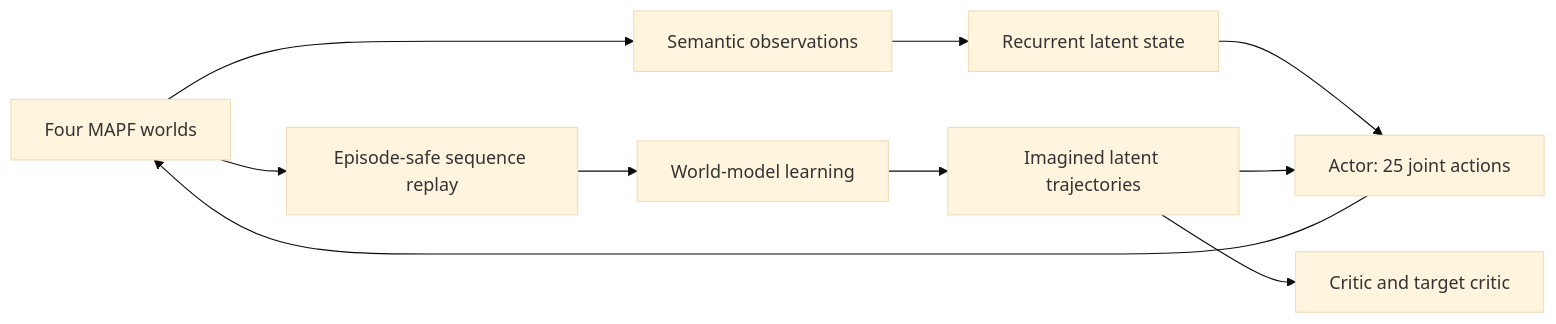
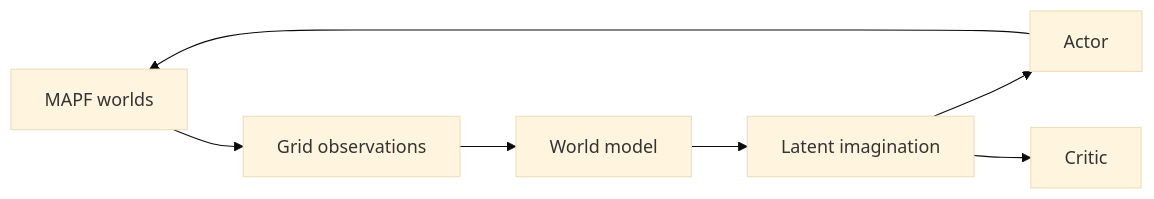
The diagram in README.md (Blazkowiz47/mapf-rl-example), drawn with Mermaid (base theme) before and after one commit. The commit also changed other lines of this file and 10 other files, not shown here.

````diff
--- a/README.md
+++ b/README.md
@@ -133,12 +118,9 @@
 ```mermaid
 flowchart LR
-    E["Four MAPF worlds"] --> O["Semantic observations"]
-    O --> S["Recurrent latent state"]
-    S --> A["Actor: 25 joint actions"]
+    E["MAPF worlds"] --> O["Grid observations"]
+    O --> W["World model"]
+    W --> I["Latent imagination"]
+    I --> A["Actor"]
+    I --> C["Critic"]
     A --> E
-    E --> R["Episode-safe sequence replay"]
-    R --> W["World-model learning"]
-    W --> I["Imagined latent trajectories"]
-    I --> A
-    I --> C["Critic and target critic"]
 ```
````
